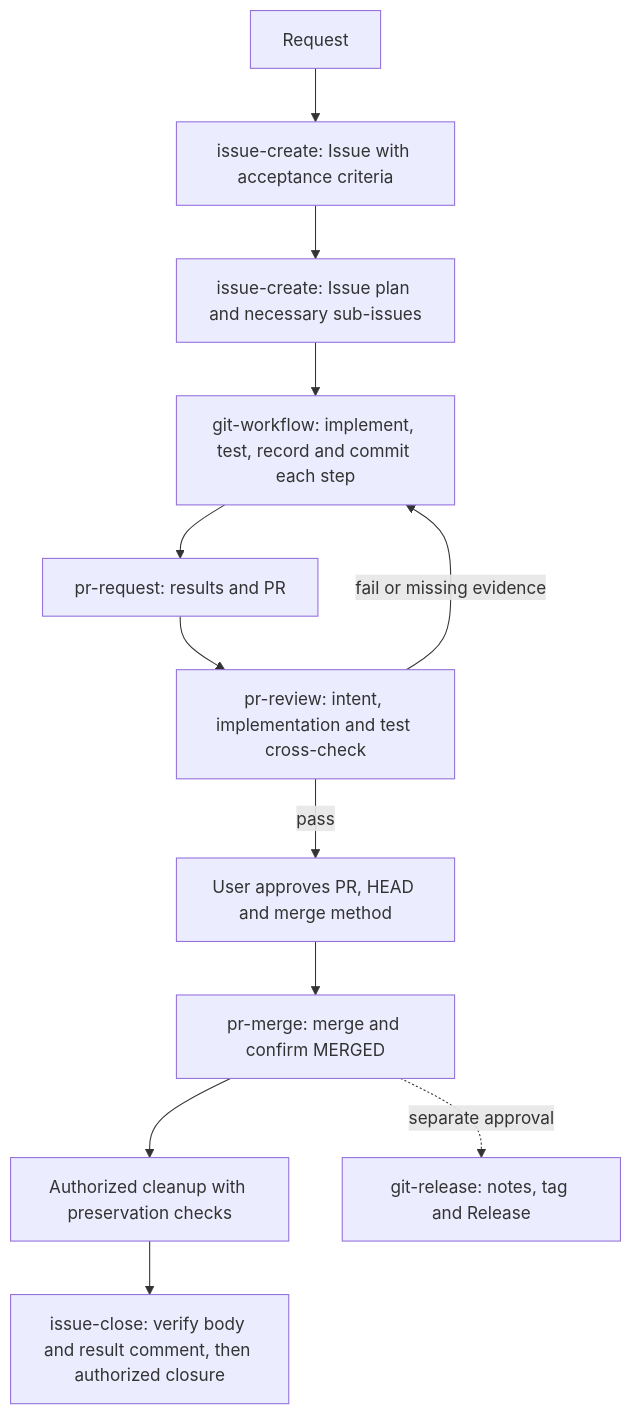
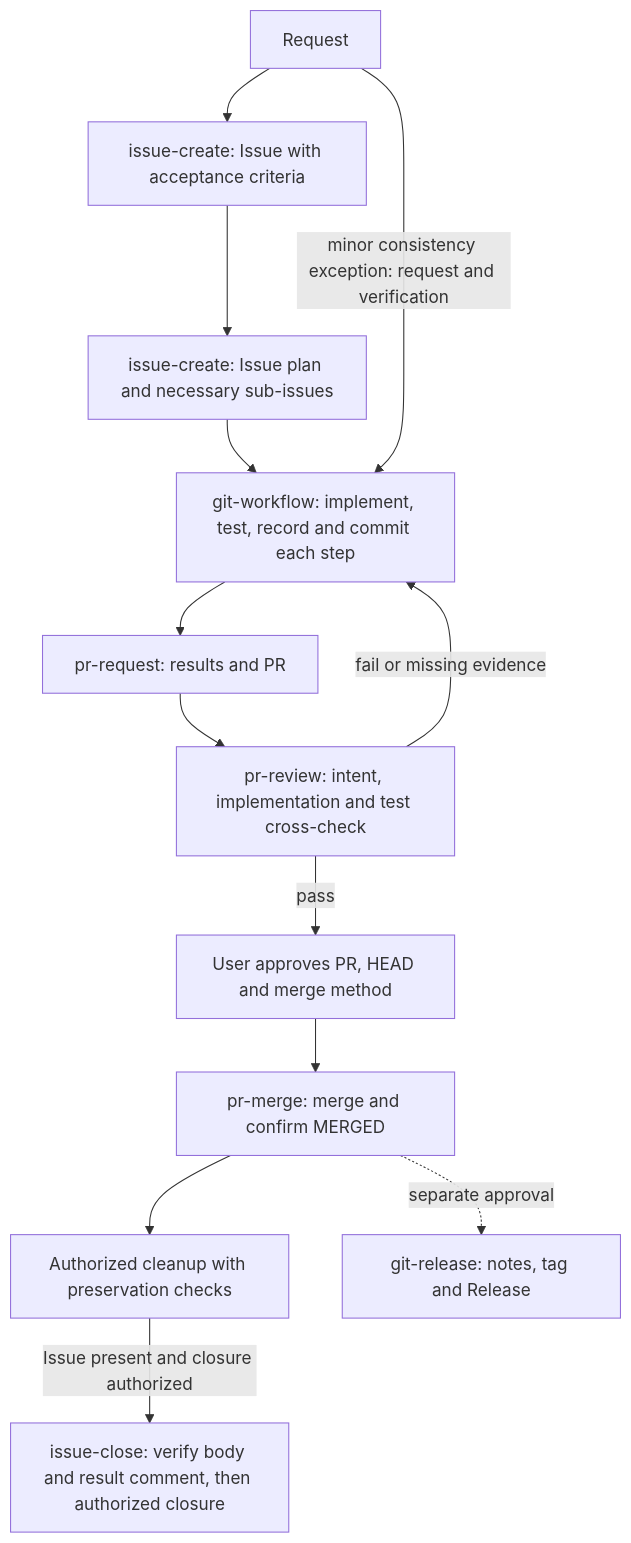
Before and after one commit to insung/git-workflow: the diagram in README.md, drawn with Mermaid. The commit also changed other lines of this file and 20 other files, not shown here.

````diff
--- a/README.md
+++ b/README.md
@@ -43,14 +45,15 @@
 ```mermaid
 flowchart TD
     A[Request] --> B[issue-create: Issue with acceptance criteria]
     B --> C[issue-create: Issue plan and necessary sub-issues]
     C --> D[git-workflow: implement, test, record and commit each step]
+    A -->|minor consistency exception: request and verification| D
     D --> E[pr-request: results and PR]
     E --> F[pr-review: intent, implementation and test cross-check]
     F -->|fail or missing evidence| D
     F -->|pass| G[User approves PR, HEAD and merge method]
     G --> H[pr-merge: merge and confirm MERGED]
     H --> J[Authorized cleanup with preservation checks]
-    J --> K[issue-close: verify body and result comment, then authorized closure]
+    J -->|Issue present and closure authorized| K[issue-close: verify body and result comment, then authorized closure]
     H -. separate approval .-> I[git-release: notes, tag and Release]
 ```
````
